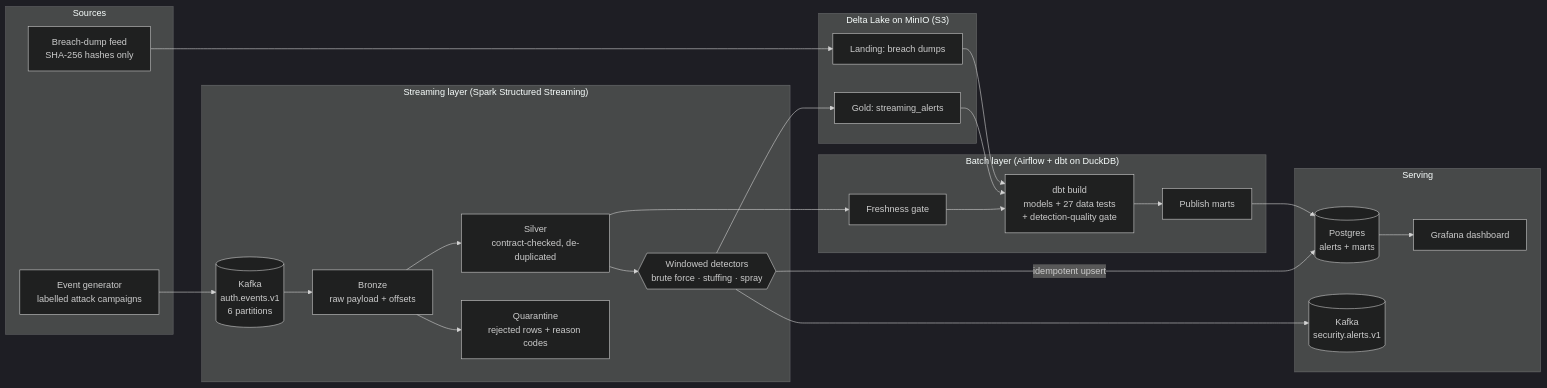
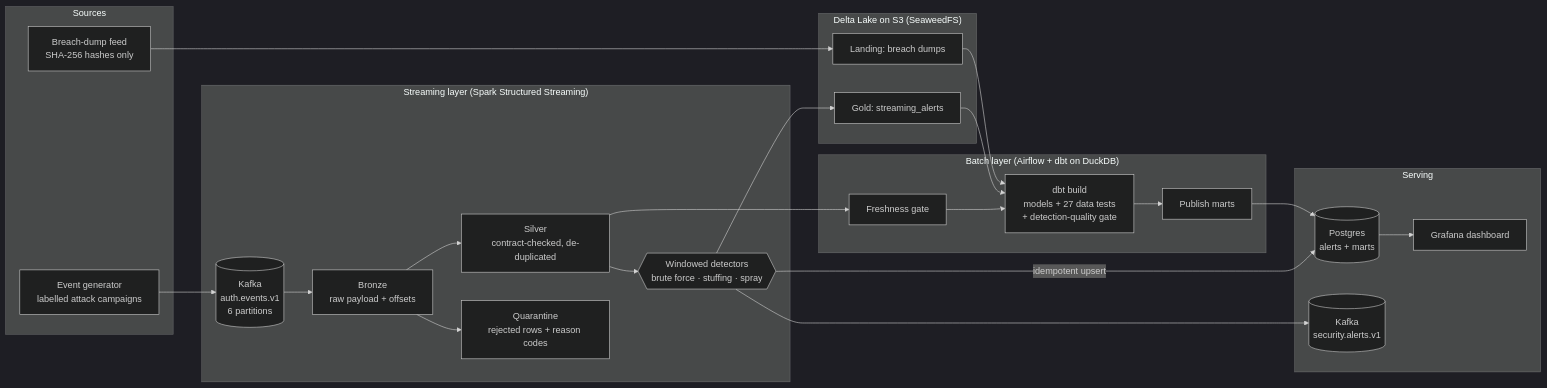
Before and after one commit to Pogbebs/sentinel-lakehouse: the diagram in README.md, drawn with Mermaid (dark theme). The commit also changed other lines of this file and 11 other files, not shown here.

First line of the commit message:
Replace MinIO with SeaweedFS for S3-compatible storage

````diff
--- a/README.md
+++ b/README.md
@@ -20,46 +20,46 @@
 ```mermaid
 flowchart LR
     subgraph Sources
         G[Event generator<br/>labelled attack campaigns]
         B[Breach-dump feed<br/>SHA-256 hashes only]
     end
 
     subgraph Streaming["Streaming layer (Spark Structured Streaming)"]
         K[(Kafka<br/>auth.events.v1<br/>6 partitions)]
         BR[Bronze<br/>raw payload + offsets]
         SV[Silver<br/>contract-checked, de-duplicated]
         Q[Quarantine<br/>rejected rows + reason codes]
         D{{Windowed detectors<br/>brute force · stuffing · spray}}
     end
 
-    subgraph Lake["Delta Lake on MinIO (S3)"]
+    subgraph Lake["Delta Lake on S3 (SeaweedFS)"]
         BR
         SV
         Q
         GA[Gold: streaming_alerts]
         L[Landing: breach dumps]
     end
 
     subgraph Batch["Batch layer (Airflow + dbt on DuckDB)"]
         F[Freshness gate]
         DBT[dbt build<br/>models + 27 data tests<br/>+ detection-quality gate]
         P[Publish marts]
     end
 
     subgraph Serving
         PG[(Postgres<br/>alerts + marts)]
         KA[(Kafka<br/>security.alerts.v1)]
         GF[Grafana dashboard]
     end
 
     G --> K --> BR --> SV --> D
     BR --> Q
     D --> GA
     D -->|idempotent upsert| PG
     D --> KA
     B --> L
     SV --> F --> DBT --> P --> PG
     GA --> DBT
     L --> DBT
     PG --> GF
 ```
````
